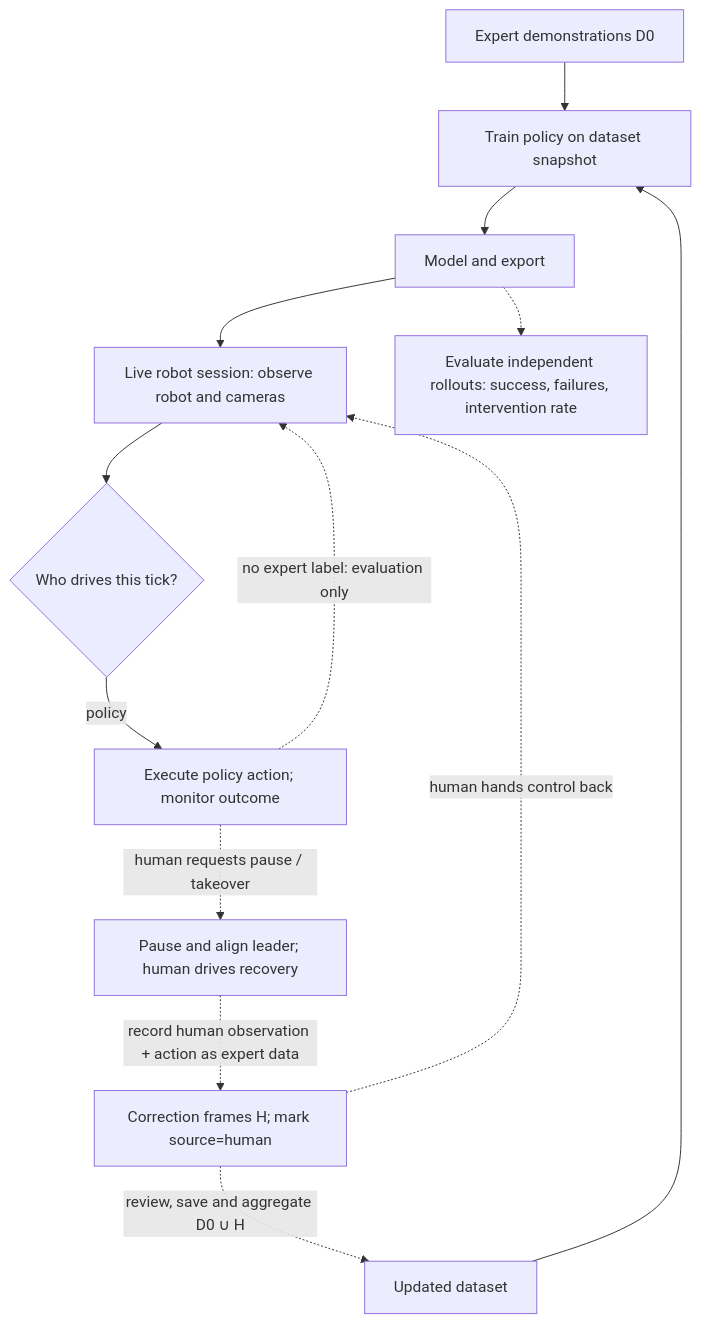
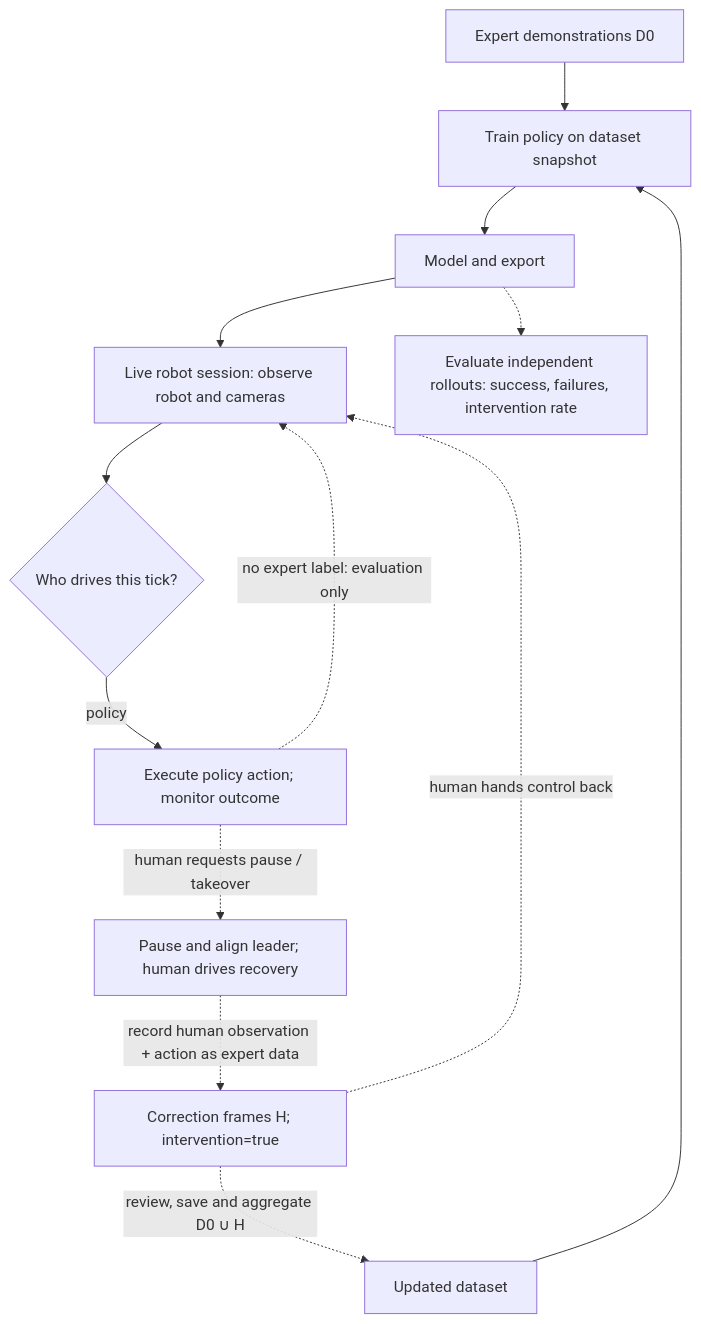
Before and after one commit to Daankrol/physical-ai-studio: the diagram in application/docs/explanation/dagger-human-in-the-loop.md, drawn with Mermaid. The commit also changed other lines of this file and 40 other files, not shown here.

````diff
--- a/application/docs/explanation/dagger-human-in-the-loop.md
+++ b/application/docs/explanation/dagger-human-in-the-loop.md
@@ -17,15 +19,15 @@
 ```mermaid
 flowchart TB
   D0["Expert demonstrations D0"] --> T["Train policy on dataset snapshot"]
   T --> M["Model and export"]
   M --> R["Live robot session: observe robot and cameras"]
   R --> P{"Who drives this tick?"}
   P -->|policy| A["Execute policy action; monitor outcome"]
   A -.->|"human requests pause / takeover"| H["Pause and align leader; human drives recovery"]
-  H -.->|"record human observation + action as expert data"| C["Correction frames H; mark source=human"]
+  H -.->|"record human observation + action as expert data"| C["Correction frames H; intervention=true"]
   C -.->|"human hands control back"| R
   A -.->|"no expert label: evaluation only"| R
   C -.->|"review, save and aggregate D0 ∪ H"| D["Updated dataset"]
   D --> T
   M -.-> E["Evaluate independent rollouts: success, failures, intervention rate"]
 ```
````
